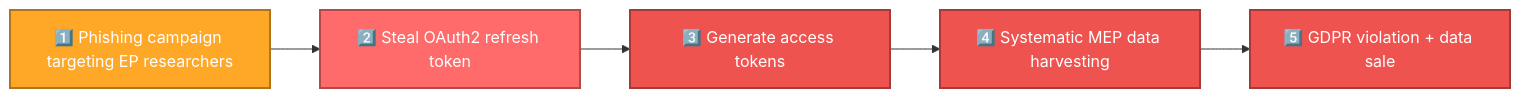
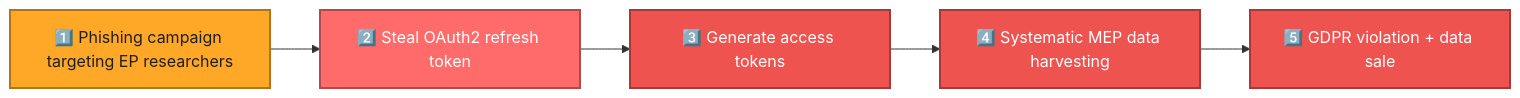
The fourth of 7 diagrams in docs/api-markdown/_media/FUTURE_THREAT_MODEL.md (Hack23/European-Parliament-MCP-Server), drawn with Mermaid before and after one commit. The commit also changed other lines of this file and 6 other files, not shown here.

````diff
--- a/docs/api-markdown/_media/FUTURE_THREAT_MODEL.md
+++ b/docs/api-markdown/_media/FUTURE_THREAT_MODEL.md
@@ -316,23 +316,23 @@
 ```mermaid
 graph LR
     A[1️⃣ Phishing campaign targeting EP researchers] --> B[2️⃣ Steal OAuth2 refresh token]
     B --> C[3️⃣ Generate access tokens]
     C --> D[4️⃣ Systematic MEP data harvesting]
     D --> E[5️⃣ GDPR violation + data sale]
     
-    style A fill:#ffa726,stroke:#b2741a,stroke-width:2px,color:#ffffff
+    style A fill:#ffa726,stroke:#b2741a,stroke-width:2px,color:#1f1f1f
 
 
     style B fill:#ff6b6b,stroke:#b24a4a,stroke-width:2px,color:#ffffff
 
 
     style C fill:#ef5350,stroke:#a73a38,stroke-width:2px,color:#ffffff
 
 
     style D fill:#ef5350,stroke:#a73a38,stroke-width:2px,color:#ffffff
 
 
     style E fill:#ef5350,stroke:#a73a38,stroke-width:2px,color:#ffffff
 
 
 ```
````
